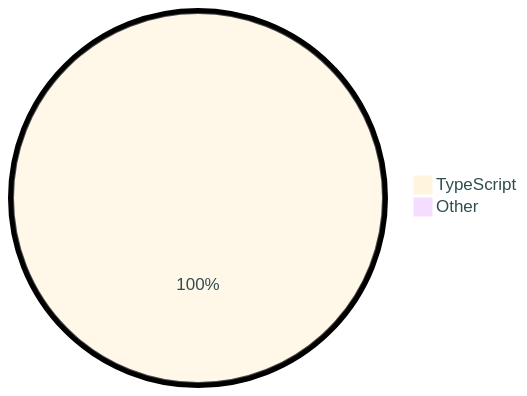
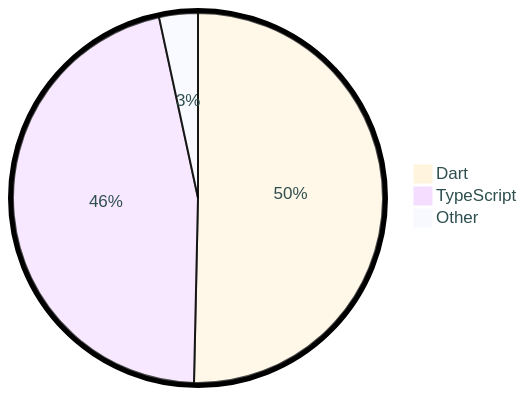
Before and after one commit to tot0p/tot0p: the diagram in README.md, drawn with Mermaid. The commit also changed other lines of this file, not shown here.

````diff
--- a/README.md
+++ b/README.md
@@ -115,6 +121,7 @@
 ```mermaid
 %%{init: {"pie": {"textPosition": 0.5}, "themeVariables": {"pieOuterStrokeWidth": "5px","primaryTextColor" : "#2F4F4F"},"theme":"base"} }%%
 pie
-	"TypeScript": 99.67
-	"Other": 0.32
+	"Dart": 50.34
+	"TypeScript": 46.27
+	"Other": 3.38
 ```
````
